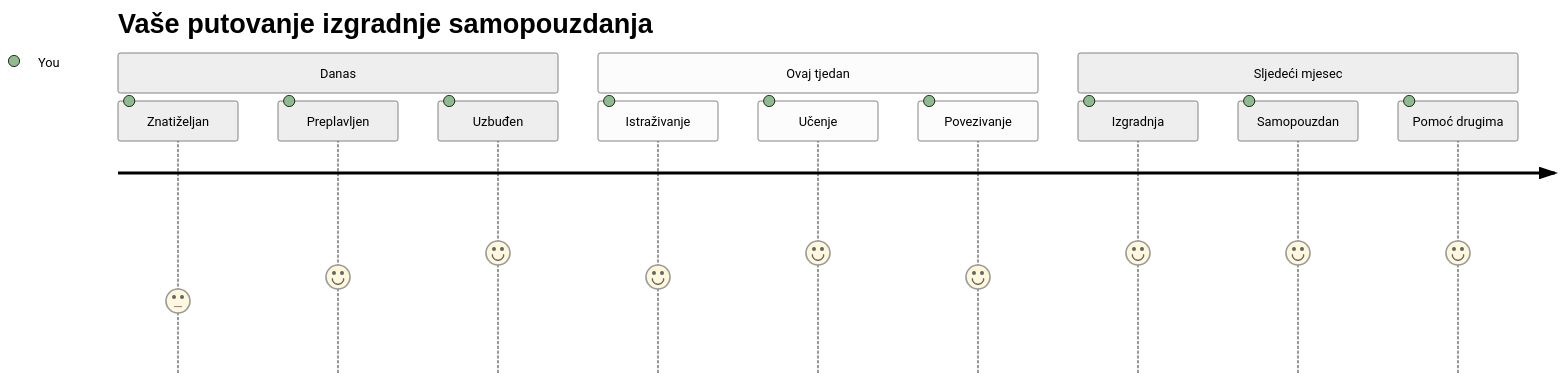
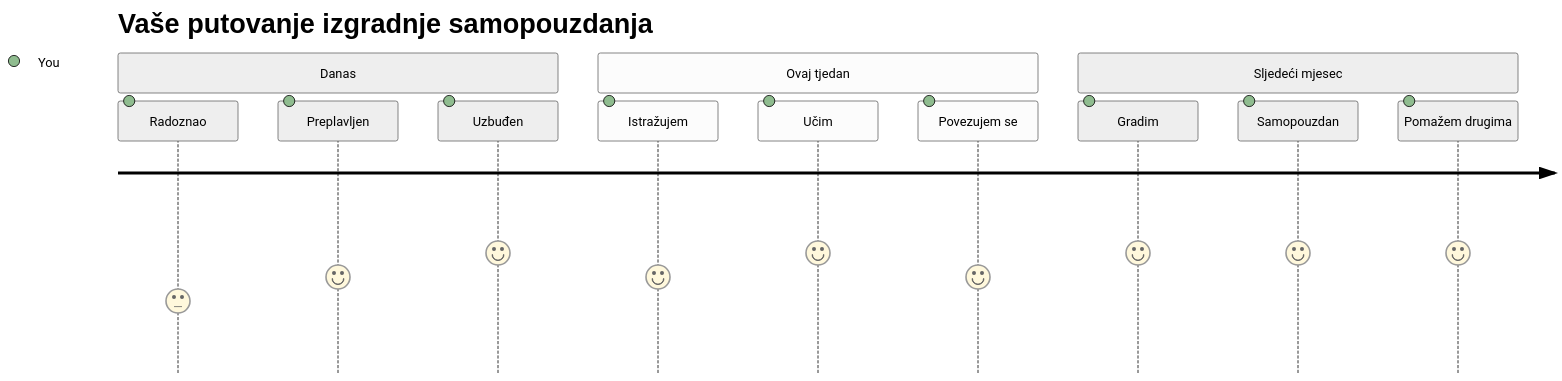
One commit to microsoft/Web-Dev-For-Beginners changed the seventh of 7 diagrams in translations/hr/1-getting-started-lessons/1-intro-to-programming-languages/README.md. Above: the diagram before and after it, drawn with Mermaid (neutral theme). The commit also changed other lines of this file and 11 other files, not shown here.

````diff
--- a/translations/hr/1-getting-started-lessons/1-intro-to-programming-languages/README.md
+++ b/translations/hr/1-getting-started-lessons/1-intro-to-programming-languages/README.md
@@ -833,16 +833,16 @@
 ```mermaid
 journey
     title Vaše putovanje izgradnje samopouzdanja
     section Danas
-      Znatiželjan: 3: You
+      Radoznao: 3: You
       Preplavljen: 4: You
       Uzbuđen: 5: You
     section Ovaj tjedan
-      Istraživanje: 4: You
-      Učenje: 5: You
-      Povezivanje: 4: You
+      Istražujem: 4: You
+      Učim: 5: You
+      Povezujem se: 4: You
     section Sljedeći mjesec
-      Izgradnja: 5: You
+      Gradim: 5: You
       Samopouzdan: 5: You
-      Pomoć drugima: 5: You
+      Pomažem drugima: 5: You
 ```
````
